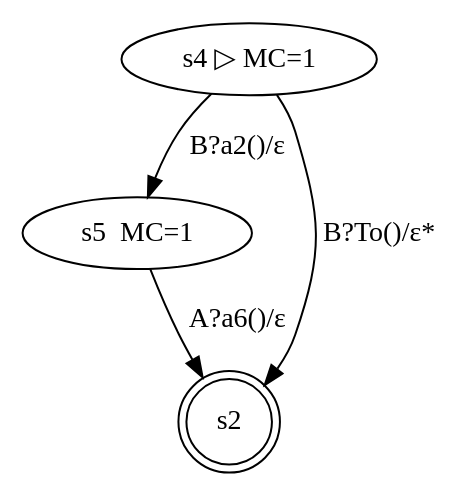
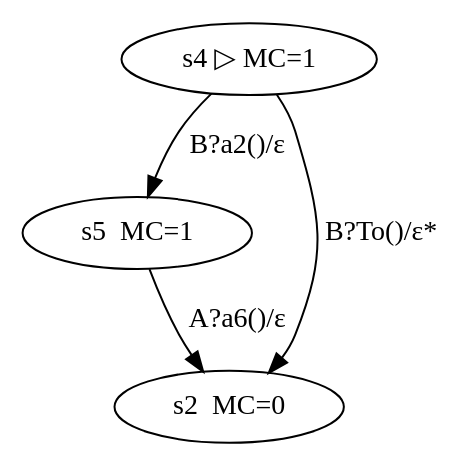
The diagram in generated/Timeout/C.dot (LauraVoinea/scribble-java), drawn with Graphviz before and after one commit. The commit also changed 5 other files, not shown here.

```diff
--- a/generated/Timeout/C.dot
+++ b/generated/Timeout/C.dot
@@ -1,9 +1,9 @@
 digraph G {
 compound = true;
 "4" [ label="s4 ▷ MC=1" ];
 "5" [ label="s5  MC=1" ];
-"2" [ label="s2",shape=doublecircle ];
+"2" [ label="s2  MC=0" ];
 "4" -> "2" [ label="B?To()/ε*" ];
 "4" -> "5" [ label="B?a2()/ε" ];
 "5" -> "2" [ label="A?a6()/ε" ];
 }
```
